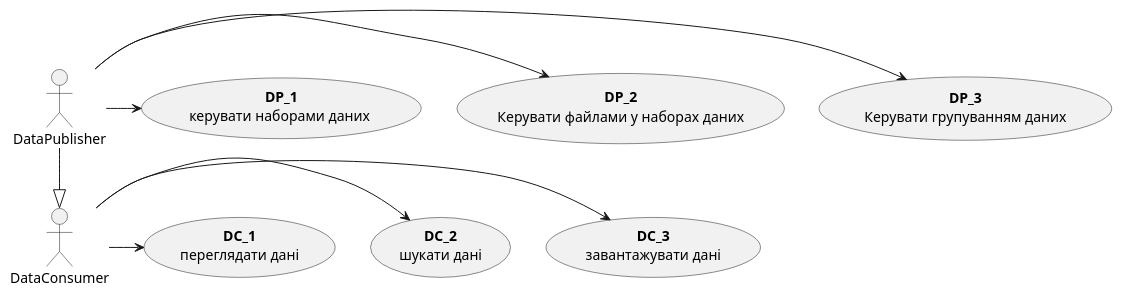
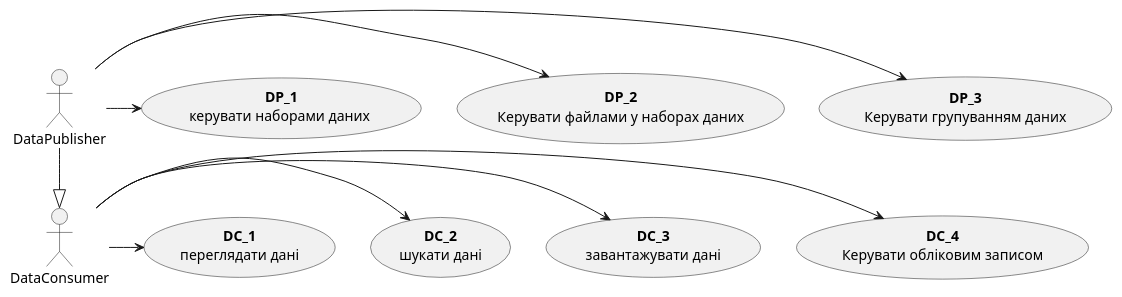
One commit to boldak/edu-db-cw changed the first of 21 diagrams in docs/use cases/Readme.md. Above: the diagram before and after it, drawn with PlantUML. The commit also changed other lines of this file and 2 other files, not shown here.

```diff
--- a/docs/use cases/Readme.md
+++ b/docs/use cases/Readme.md
@@ -11,24 +13,25 @@
 @startuml
   actor DataPublisher
   actor DataConsumer
   
   usecase Dmanage1 as "<b>DP_1</b>\nкерувати наборами даних "
   usecase Dmanage2 as "<b>DP_2</b>\nКерувати файлами у наборах даних"
   usecase Dmanage3 as "<b>DP_3</b>\nКерувати групуванням даних"
 
 
   usecase Duse1 as "<b>DC_1</b>\nпереглядати данi"
   usecase Duse2 as "<b>DC_2</b>\nшукати данi"
   usecase Duse3 as "<b>DC_3</b>\nзавантажувати данi"
+  usecase Duse4 as "<b>DC_4</b>\nКерувати облiковим записом"
   
   DataPublisher -> Dmanage3
   DataPublisher -> Dmanage2
   DataPublisher -> Dmanage1
   DataPublisher -d-|> DataConsumer
  
-  
+  DataConsumer -> Duse4
   DataConsumer -> Duse3
   DataConsumer -> Duse2
   DataConsumer -> Duse1
   
 @enduml
```
